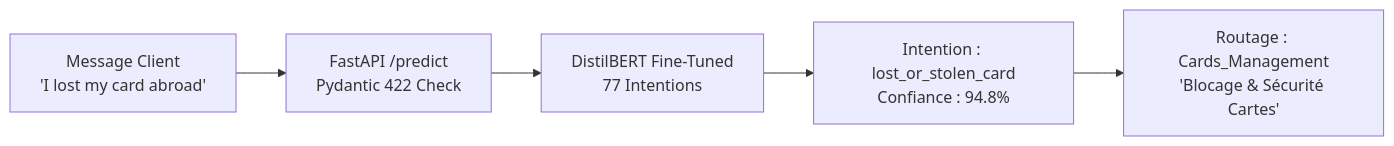
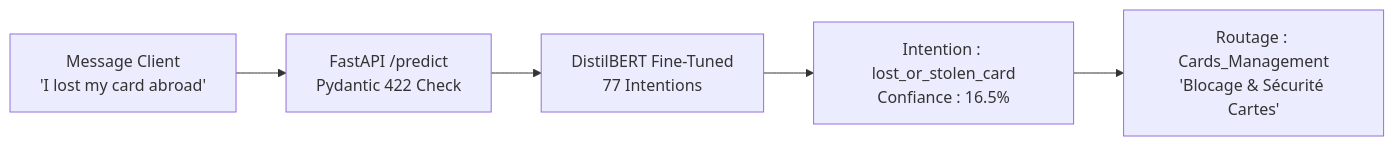
Before and after one commit to Yamnyr/BankRoute-AI: the diagram in README.md, drawn with Mermaid. The commit also changed other lines of this file and 14 other files, not shown here.

````diff
--- a/README.md
+++ b/README.md
@@ -31,7 +31,7 @@
 ```mermaid
 flowchart LR
     A[Message Client\n'I lost my card abroad'] --> B[FastAPI /predict\nPydantic 422 Check]
     B --> C[DistilBERT Fine-Tuned\n77 Intentions]
-    C --> D[Intention : lost_or_stolen_card\nConfiance : 94.8%]
+    C --> D[Intention : lost_or_stolen_card\nConfiance : 16.5%]
     D --> E[Routage : Cards_Management\n'Blocage & Sécurité Cartes']
 ```
````
